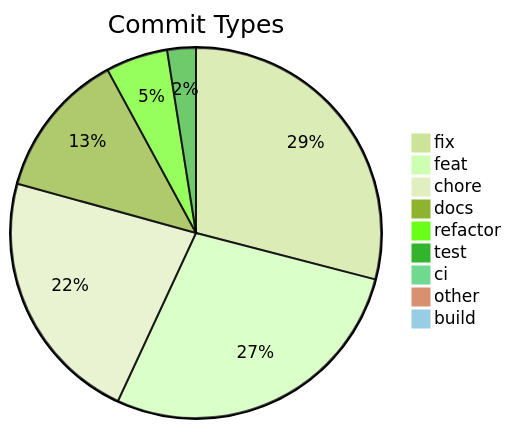
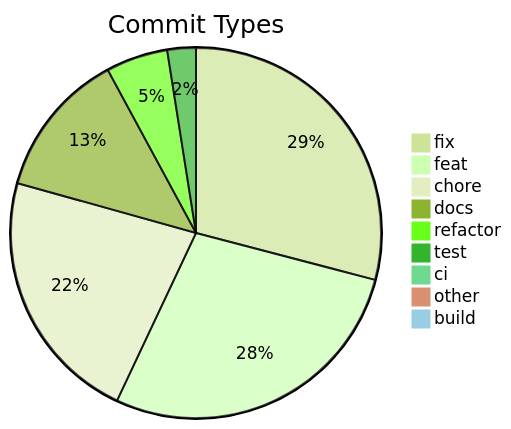
The diagram in .shipwright/compliance/change-history.md (svenroth-ai/shipwright), drawn with Mermaid (forest theme) before and after one commit. The commit also changed other lines of this file and 16 other files, not shown here.

````diff
--- a/.shipwright/compliance/change-history.md
+++ b/.shipwright/compliance/change-history.md
@@ -8,12 +8,12 @@
 ```mermaid
 pie title Commit Types
-    "fix" : 279
-    "feat" : 268
+    "fix" : 280
+    "feat" : 269
     "chore" : 215
     "docs" : 123
     "refactor" : 52
     "test" : 24
     "ci" : 7
     "other" : 7
     "build" : 1
 ```
````
